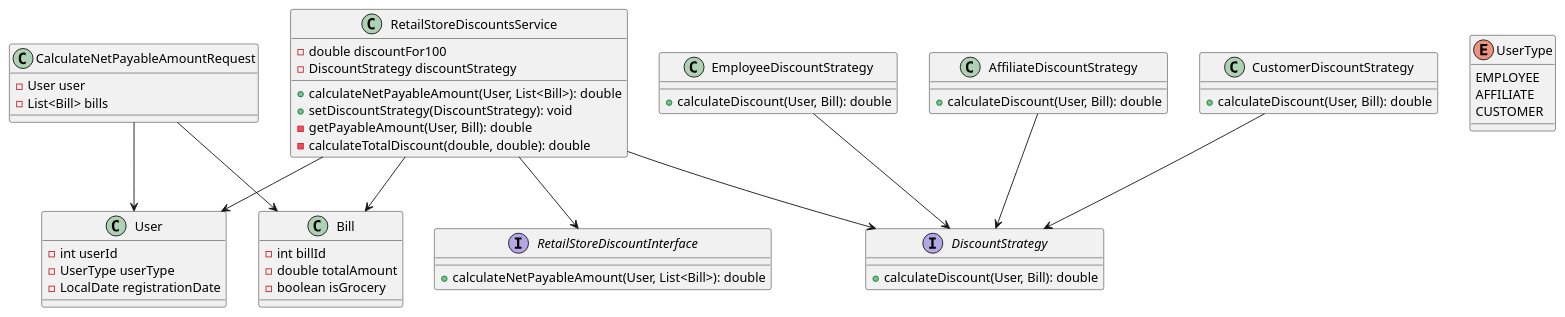
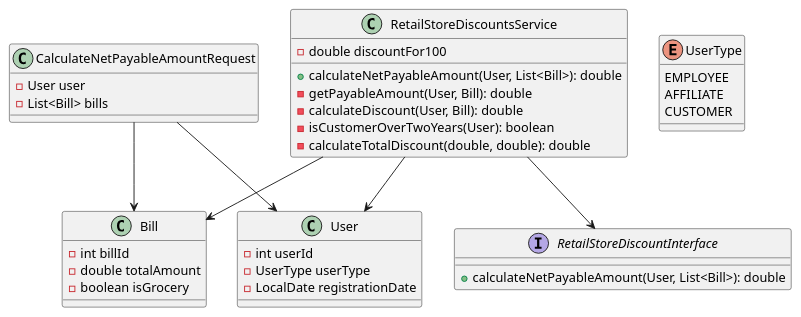
Before and after one commit to Nkm17000/retail_discount: the diagram in README.md, drawn with PlantUML. The commit also changed 2 other files, not shown here.

Commit message:
# change is readme file according to interface implementation

````diff
--- a/README.md
+++ b/README.md
@@ -110,68 +110,49 @@
 ```puml
 @startuml
 
 class CalculateNetPayableAmountRequest {
     - User user
     - List<Bill> bills
 }
 
 class User {
     - int userId
     - UserType userType
     - LocalDate registrationDate
 }
 
 enum UserType {
     EMPLOYEE
     AFFILIATE
     CUSTOMER
 }
 
 class Bill {
     - int billId
     - double totalAmount
     - boolean isGrocery
 }
 
-interface DiscountStrategy {
-    + calculateDiscount(User, Bill): double
-}
-
-class EmployeeDiscountStrategy {
-    + calculateDiscount(User, Bill): double
-}
-
-class AffiliateDiscountStrategy {
-    + calculateDiscount(User, Bill): double
-}
-
-class CustomerDiscountStrategy {
-    + calculateDiscount(User, Bill): double
-}
-
 interface RetailStoreDiscountInterface {
     + calculateNetPayableAmount(User, List<Bill>): double
 }
 
 class RetailStoreDiscountsService {
     - double discountFor100
-    - DiscountStrategy discountStrategy
     + calculateNetPayableAmount(User, List<Bill>): double
-    + setDiscountStrategy(DiscountStrategy): void
     - getPayableAmount(User, Bill): double
+    - calculateDiscount(User, Bill): double
+    - isCustomerOverTwoYears(User): boolean
     - calculateTotalDiscount(double, double): double
 }
 
 CalculateNetPayableAmountRequest --> User
 CalculateNetPayableAmountRequest --> Bill
 RetailStoreDiscountsService --> RetailStoreDiscountInterface
 RetailStoreDiscountsService --> User
 RetailStoreDiscountsService --> Bill
-RetailStoreDiscountsService --> DiscountStrategy
-EmployeeDiscountStrategy --> DiscountStrategy
-AffiliateDiscountStrategy --> DiscountStrategy
-CustomerDiscountStrategy --> DiscountStrategy
 
 @enduml
 
+
 ```
````
